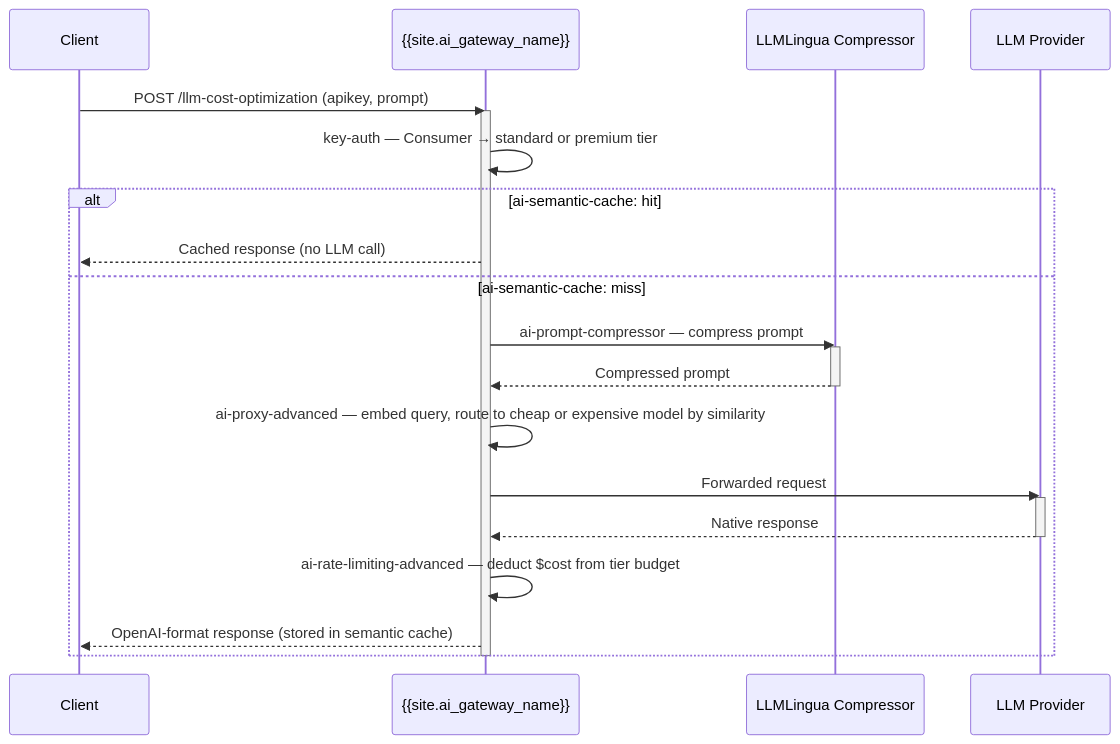
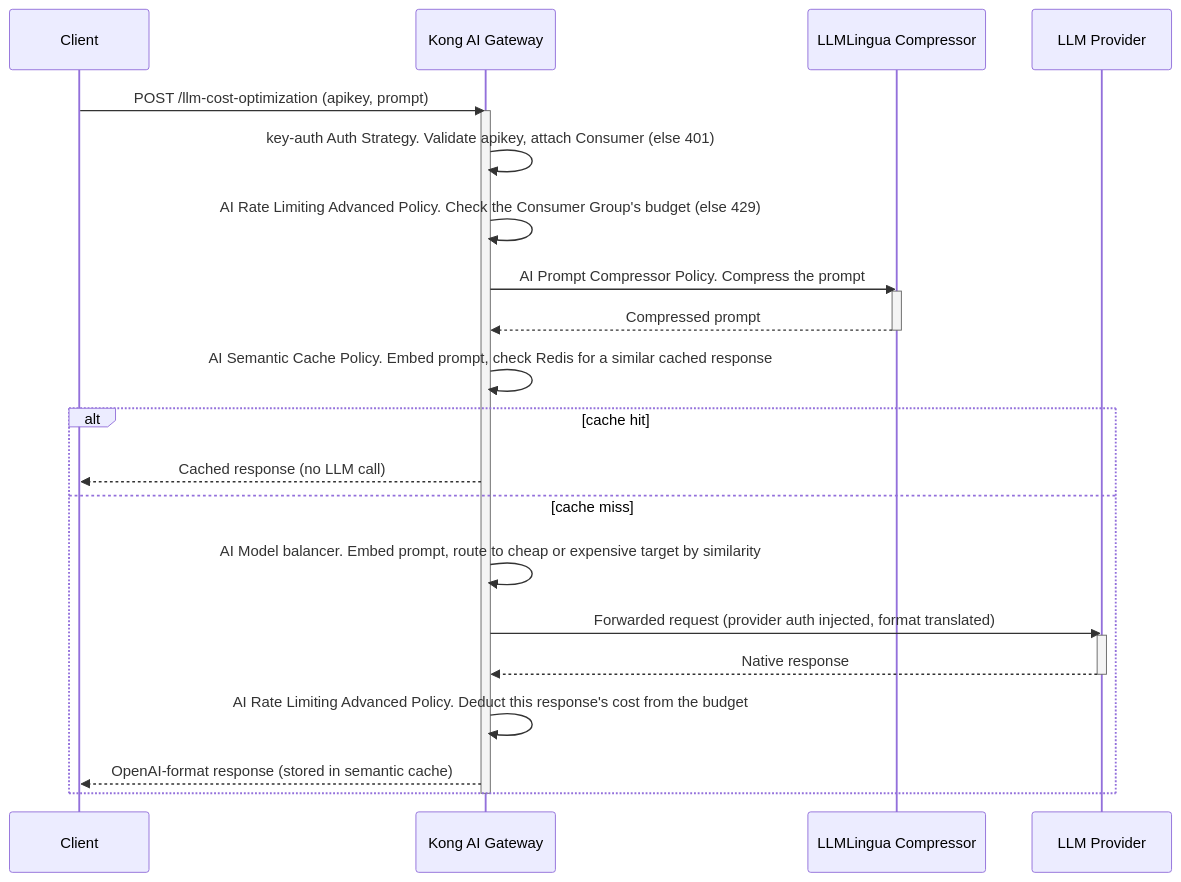
Before and after one commit to Kong/developer.konghq.com: the diagram in app/_cookbooks/llm-cost-optimization.md, drawn with Mermaid. The commit also changed other lines of this file and 11 other files, not shown here.

```diff
--- a/app/_cookbooks/llm-cost-optimization.md
+++ b/app/_cookbooks/llm-cost-optimization.md
@@ -244,27 +240,29 @@
 {% mermaid %}
 sequenceDiagram
     participant C as Client
-    participant K as {{site.ai_gateway_name}}
+    participant K as Kong AI Gateway
     participant LC as LLMLingua Compressor
     participant L as LLM Provider
 
     C->>K: POST /llm-cost-optimization (apikey, prompt)
     activate K
-    K->>K: key-auth — Consumer → standard or premium tier
-    alt ai-semantic-cache: hit
+    K->>K: key-auth Auth Strategy. Validate apikey, attach Consumer (else 401)
+    K->>K: AI Rate Limiting Advanced Policy. Check the Consumer Group's budget (else 429)
+    K->>LC: AI Prompt Compressor Policy. Compress the prompt
+    activate LC
+    LC-->>K: Compressed prompt
+    deactivate LC
+    K->>K: AI Semantic Cache Policy. Embed prompt, check Redis for a similar cached response
+    alt cache hit
         K-->>C: Cached response (no LLM call)
-    else ai-semantic-cache: miss
-        K->>LC: ai-prompt-compressor — compress prompt
-        activate LC
-        LC-->>K: Compressed prompt
-        deactivate LC
-        K->>K: ai-proxy-advanced — embed query, route to cheap or expensive model by similarity
-        K->>L: Forwarded request
+    else cache miss
+        K->>K: AI Model balancer. Embed prompt, route to cheap or expensive target by similarity
+        K->>L: Forwarded request (provider auth injected, format translated)
         activate L
         L-->>K: Native response
         deactivate L
-        K->>K: ai-rate-limiting-advanced — deduct $cost from tier budget
+        K->>K: AI Rate Limiting Advanced Policy. Deduct this response's cost from the budget
         K-->>C: OpenAI-format response (stored in semantic cache)
     end
     deactivate K
 {% endmermaid %}
```
